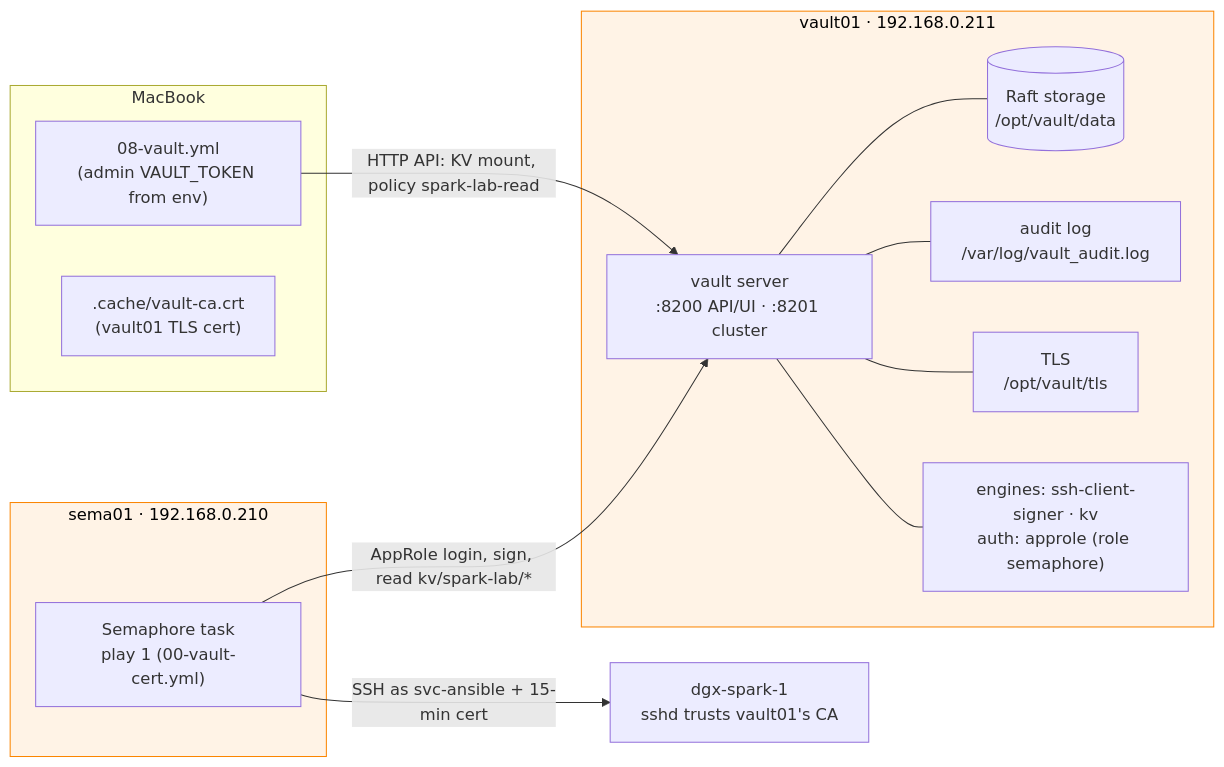
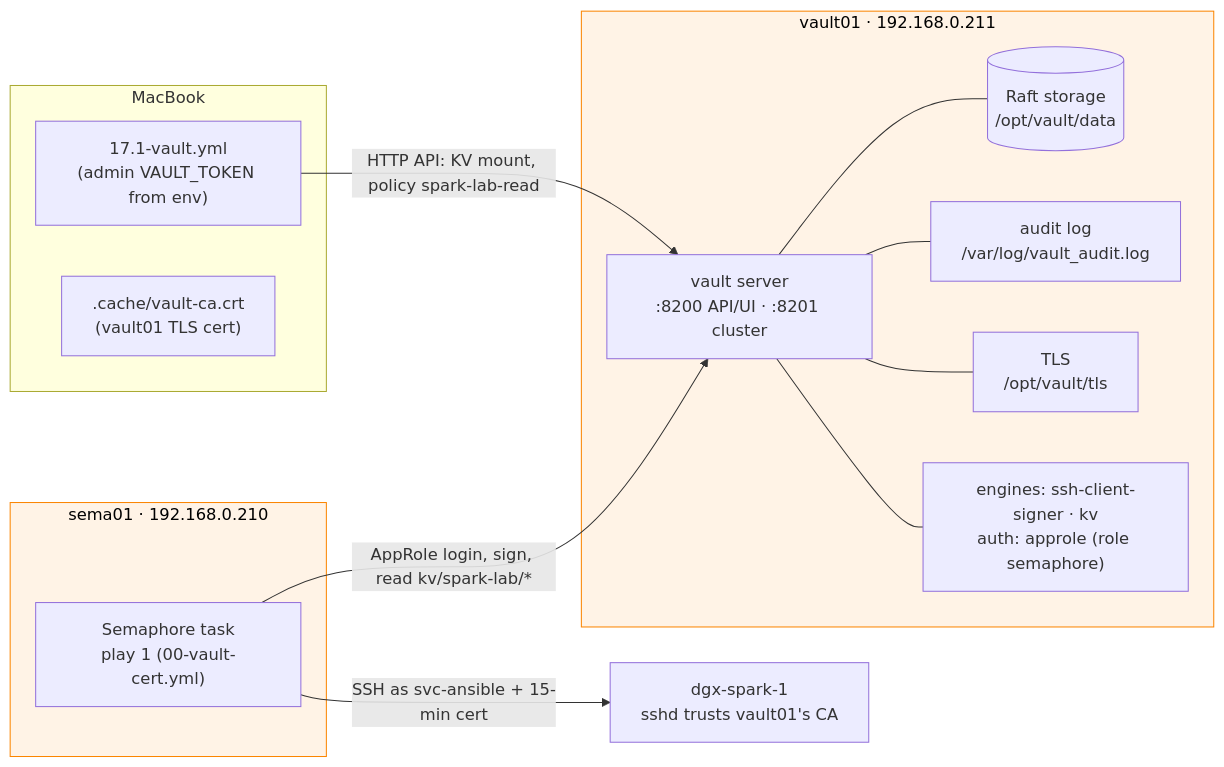
Before and after one commit to cloudone365/technical-depth: the first of 2 diagrams in 01-Ansible/17-vault-server-deep-dive.md, drawn with Mermaid. The commit also changed other lines of this file and 242 other files, not shown here.

````diff
--- a/01-Ansible/17-vault-server-deep-dive.md
+++ b/01-Ansible/17-vault-server-deep-dive.md
@@ -24,24 +24,24 @@
 ```mermaid
 flowchart LR
   classDef mgmt fill:#fff3e6,stroke:#fb8500,color:#000
   subgraph MB[MacBook]
-    PB["08-vault.yml<br/>(admin VAULT_TOKEN from env)"]
+    PB["17.1-vault.yml<br/>(admin VAULT_TOKEN from env)"]
     CA[".cache/vault-ca.crt<br/>(vault01 TLS cert)"]
   end
   subgraph V1["vault01 · 192.168.0.211"]
     V["vault server<br/>:8200 API/UI · :8201 cluster"]
     R[("Raft storage<br/>/opt/vault/data")]
     A["audit log<br/>/var/log/vault_audit.log"]
     T["TLS<br/>/opt/vault/tls"]
     E["engines: ssh-client-signer · kv<br/>auth: approle (role semaphore)"]
   end
   subgraph S1["sema01 · 192.168.0.210"]
     P1["Semaphore task<br/>play 1 (00-vault-cert.yml)"]
   end
   SP["dgx-spark-1<br/>sshd trusts vault01's CA"]
   PB -->|"HTTP API: KV mount, policy spark-lab-read"| V
   P1 -->|"AppRole login, sign, read kv/spark-lab/*"| V
   P1 -->|"SSH as svc-ansible + 15-min cert"| SP
   V --- R & A & T & E
   class V1,S1 mgmt
 ```
````
